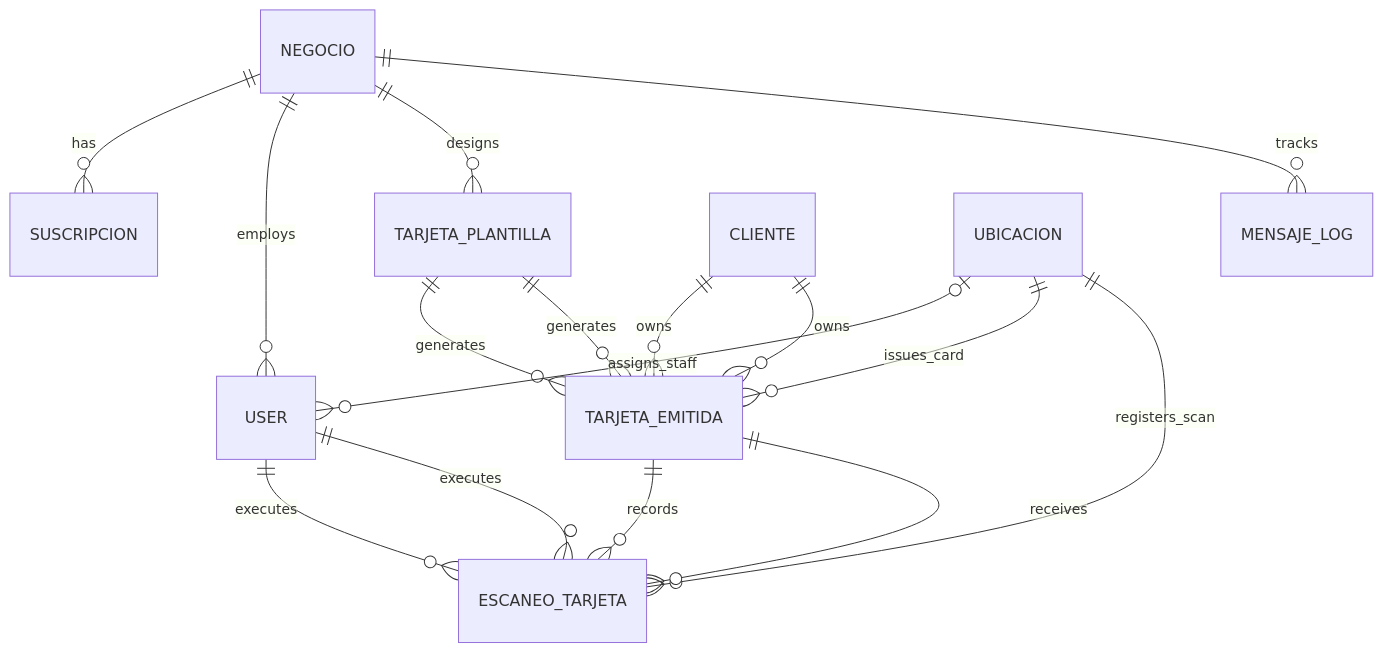
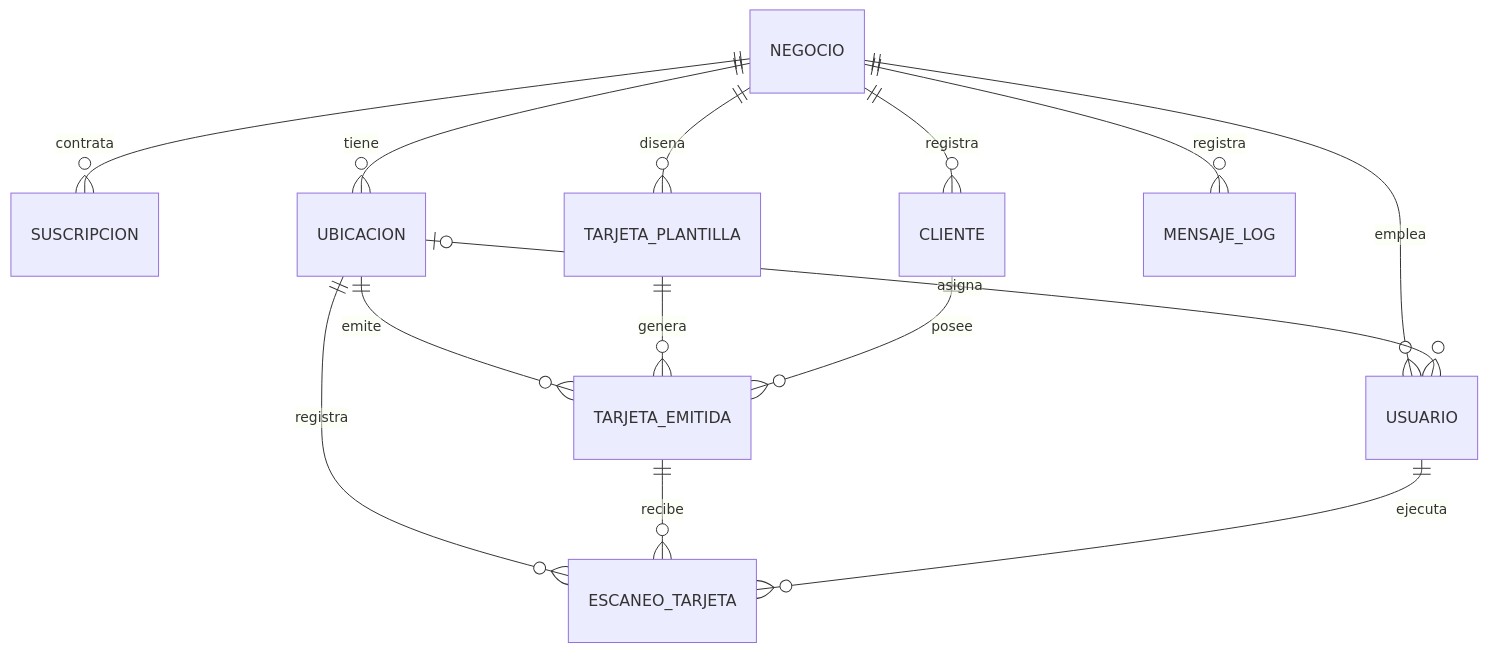
One commit to Manolooo04/FitelyBack-Cala-Backend changed the first of 2 diagrams in README.md. Above: the diagram before and after it, drawn with Mermaid. The commit also changed other lines of this file, not shown here.

````diff
--- a/README.md
+++ b/README.md
@@ -101,22 +145,18 @@
 ```mermaid
 erDiagram
-    NEGOCIO ||--o{ SUSCRIPCION : has
-    NEGOCIO ||--o{ USER : employs
-    NEGOCIO ||--o{ TARJETA_PLANTILLA : designs
-    NEGOCIO ||--o{ MENSAJE_LOG : tracks
-    USER ||--o{ ESCANEO_TARJETA : executes
-    TARJETA_PLANTILLA ||--o{ TARJETA_EMITIDA : generates
-    CLIENTE ||--o{ TARJETA_EMITIDA : owns
-    TARJETA_EMITIDA ||--o{ ESCANEO_TARJETA : records
+    NEGOCIO ||--o{ SUSCRIPCION : contrata
+    NEGOCIO ||--o{ UBICACION : tiene
+    NEGOCIO ||--o{ USUARIO : emplea
+    NEGOCIO ||--o{ CLIENTE : registra
+    NEGOCIO ||--o{ TARJETA_PLANTILLA : disena
+    NEGOCIO ||--o{ MENSAJE_LOG : registra
 
-    %% Nivel Operativo (El Filtro de Ubicación)
-    UBICACION |o--o{ USER : assigns_staff
-    UBICACION ||--o{ TARJETA_EMITIDA : issues_card
-    UBICACION ||--o{ ESCANEO_TARJETA : registers_scan
+    UBICACION |o--o{ USUARIO : asigna
+    UBICACION ||--o{ TARJETA_EMITIDA : emite
+    UBICACION ||--o{ ESCANEO_TARJETA : registra
 
-    %% Nivel del Consumidor y Transacciones
-    CLIENTE ||--o{ TARJETA_EMITIDA : owns
-    TARJETA_PLANTILLA ||--o{ TARJETA_EMITIDA : generates
-    TARJETA_EMITIDA ||--o{ ESCANEO_TARJETA : receives
-    USER ||--o{ ESCANEO_TARJETA : executes
+    TARJETA_PLANTILLA ||--o{ TARJETA_EMITIDA : genera
+    CLIENTE ||--o{ TARJETA_EMITIDA : posee
+    TARJETA_EMITIDA ||--o{ ESCANEO_TARJETA : recibe
+    USUARIO ||--o{ ESCANEO_TARJETA : ejecuta
 ```
````
